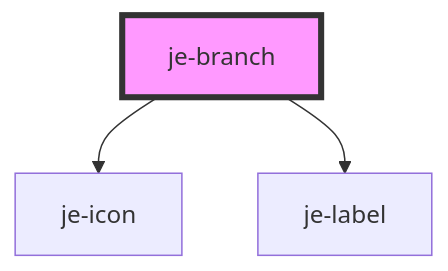
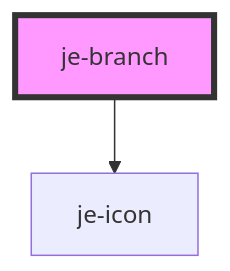
The diagram in packages/docs/docs/components/je-branch/readme.md (pgreen00/jebamo), drawn with Mermaid before and after one commit. The commit also changed other lines of this file and 30 other files, not shown here.

````diff
--- a/packages/docs/docs/components/je-branch/readme.md
+++ b/packages/docs/docs/components/je-branch/readme.md
@@ -49,6 +48,5 @@
 ```mermaid
 graph TD;
   je-branch --> je-icon
-  je-branch --> je-label
   style je-branch fill:#f9f,stroke:#333,stroke-width:4px
 ```
````
